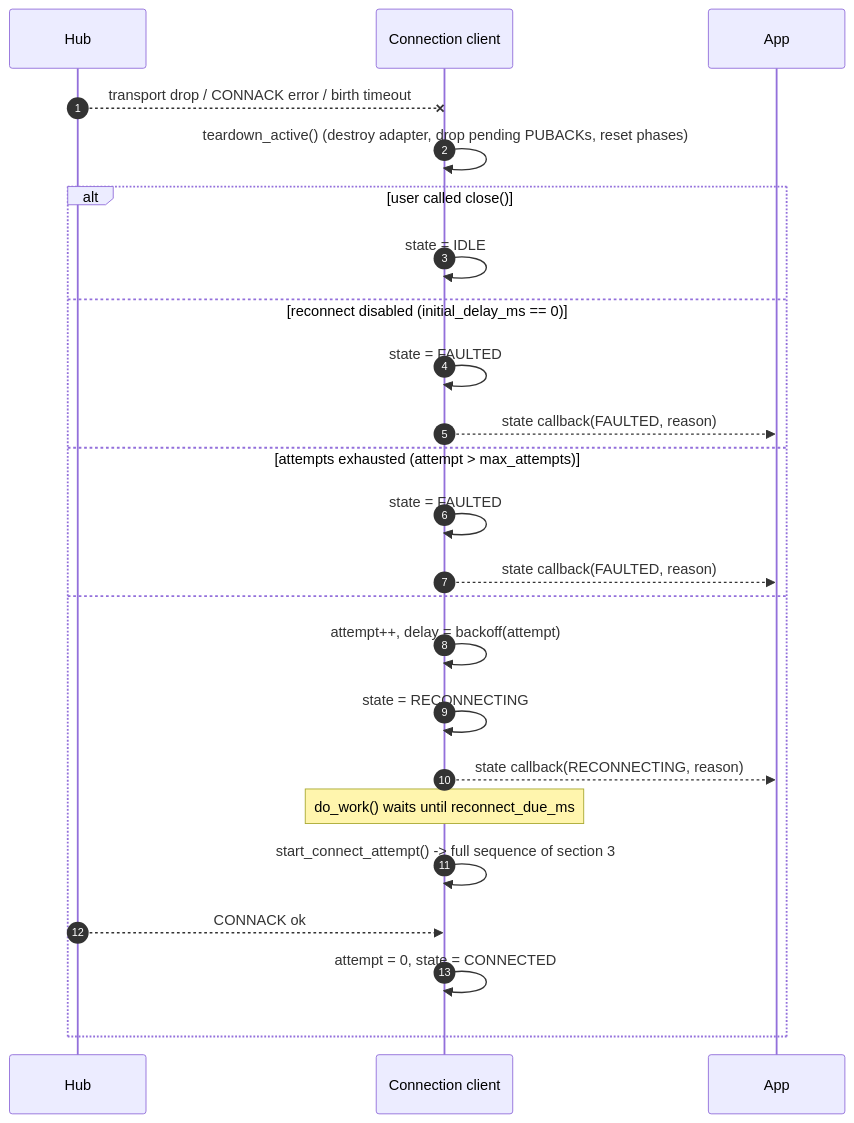
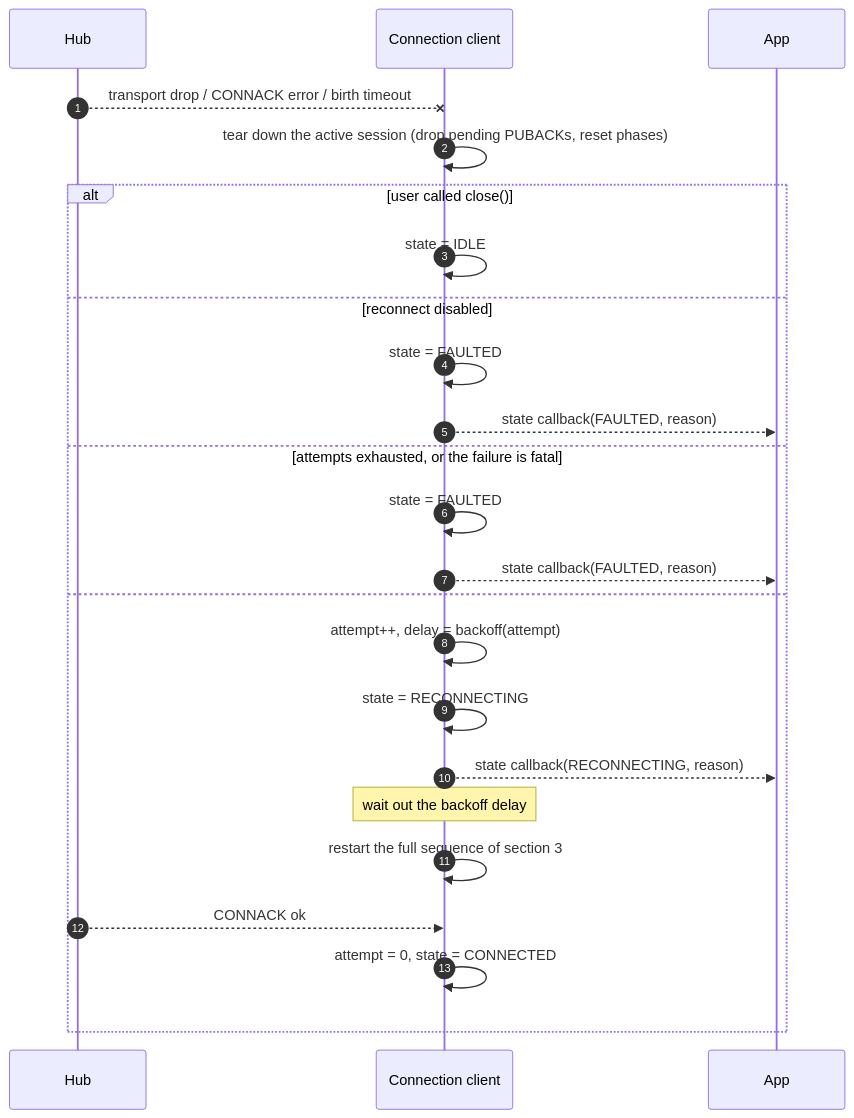
Before and after one commit to Azure/azure-iot-sdk: the fifth of 9 diagrams in c/docs/connection.md, drawn with Mermaid. The commit also changed other lines of this file and 1 other file, not shown here.

````diff
--- a/c/docs/connection.md
+++ b/c/docs/connection.md
@@ -234,27 +256,27 @@
 ```mermaid
 sequenceDiagram
     autonumber
     participant Hub
     participant Conn as Connection client
     participant App
 
     Hub--xConn: transport drop / CONNACK error / birth timeout
-    Conn->>Conn: teardown_active() (destroy adapter, drop pending PUBACKs, reset phases)
+    Conn->>Conn: tear down the active session (drop pending PUBACKs, reset phases)
     alt user called close()
         Conn->>Conn: state = IDLE
-    else reconnect disabled (initial_delay_ms == 0)
+    else reconnect disabled
         Conn->>Conn: state = FAULTED
         Conn-->>App: state callback(FAULTED, reason)
-    else attempts exhausted (attempt > max_attempts)
+    else attempts exhausted, or the failure is fatal
         Conn->>Conn: state = FAULTED
         Conn-->>App: state callback(FAULTED, reason)
     else
         Conn->>Conn: attempt++, delay = backoff(attempt)
         Conn->>Conn: state = RECONNECTING
         Conn-->>App: state callback(RECONNECTING, reason)
-        Note over Conn: do_work() waits until reconnect_due_ms
-        Conn->>Conn: start_connect_attempt() -> full sequence of section 3
+        Note over Conn: wait out the backoff delay
+        Conn->>Conn: restart the full sequence of section 3
         Hub-->>Conn: CONNACK ok
         Conn->>Conn: attempt = 0, state = CONNECTED
     end
 ```
````
